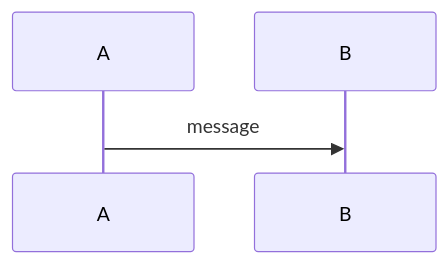
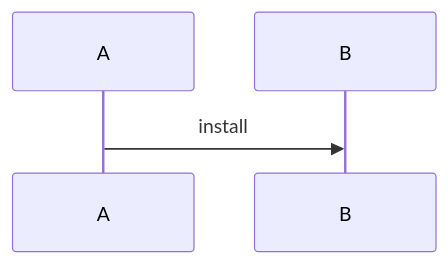
Before and after one commit to kk-kkch03/Portfolio: the second of 6 diagrams in uml.md, drawn with Mermaid. The commit also changed other lines of this file, not shown here.

````diff
--- a/uml.md
+++ b/uml.md
@@ -7,4 +7,4 @@
 ```mermaid
 sequenceDiagram
-    A ->> B : message
+    A ->> B : install
 ```
````
